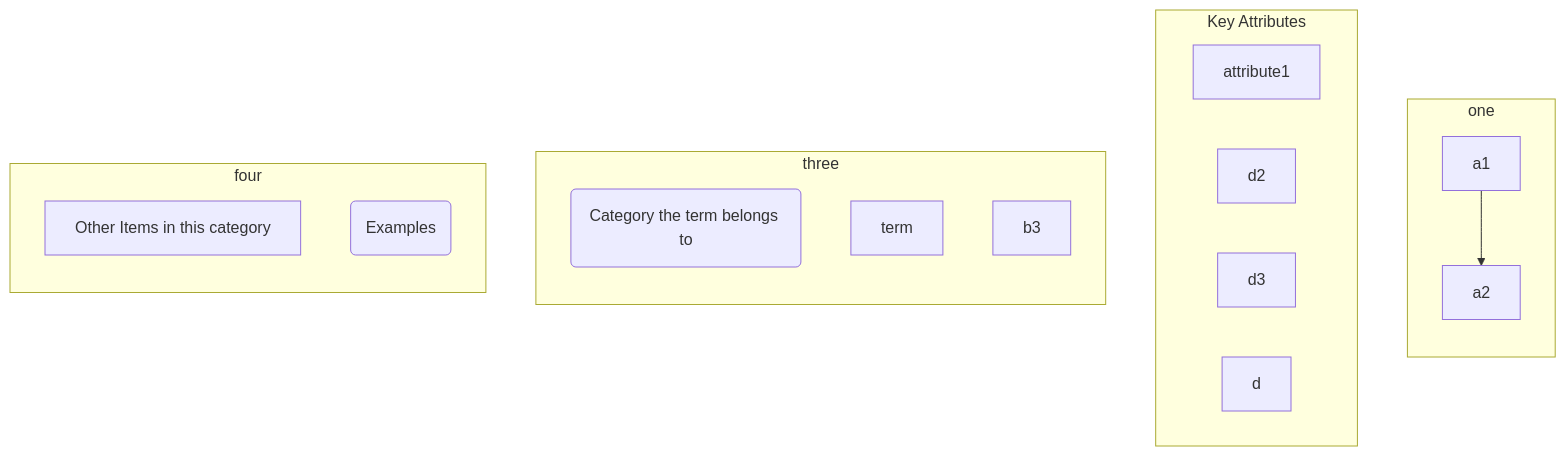
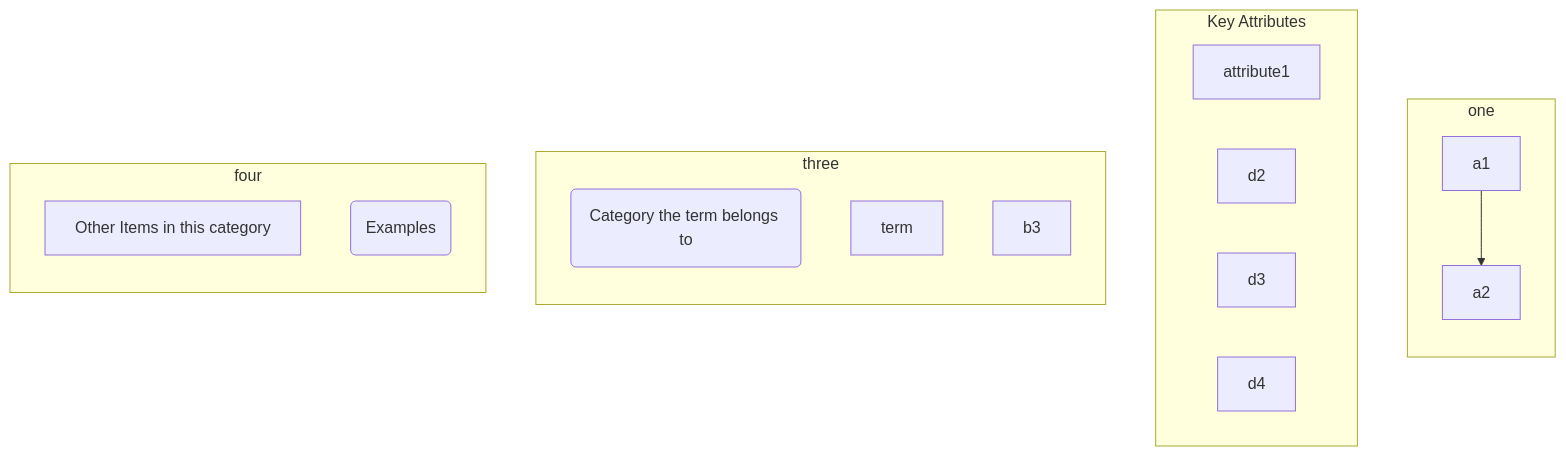
One commit to gerbssusd/dok changed the diagram in slides.md. Above: the diagram before and after it, drawn with Mermaid.

````diff
--- a/slides.md
+++ b/slides.md
@@ -217,30 +217,30 @@
 ```mermaid
 flowchart TB
     subgraph one 
      direction TB
     a1-->a2
      end
     subgraph Key Attributes
      d1[attribute1]
      d2
      d3
-     d
+     d4
      end
     subgraph three
       direction TB
         b1(Category the term belongs to)
         b2[term]
         b3 
         end
     subgraph four
       direction TB
     c1[Other Items in this category] 
     c2(Examples)
     end
 
 
 
 
 
 
 ```
````
